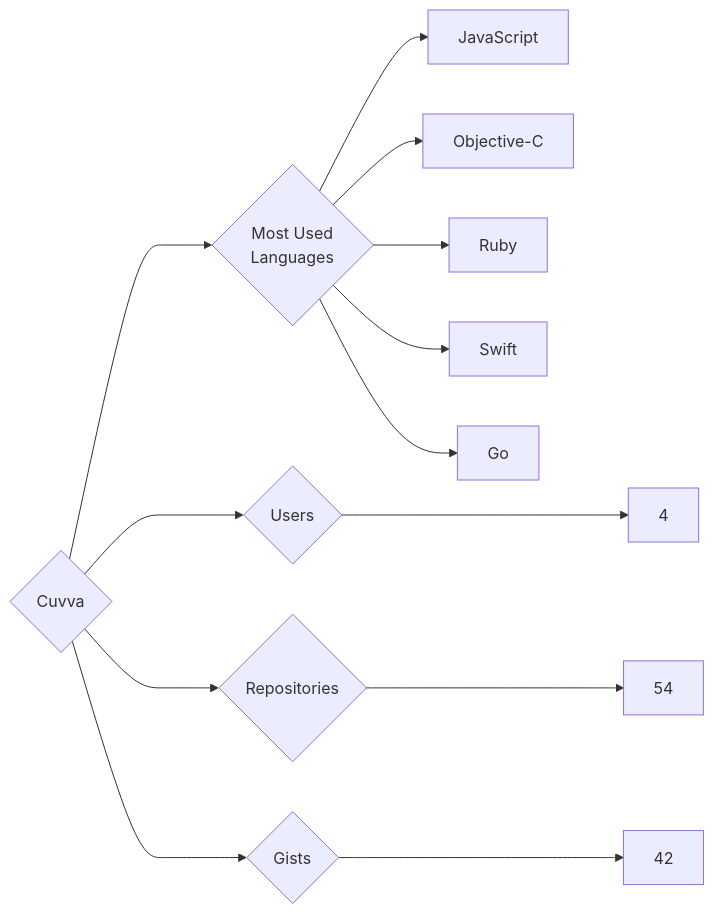
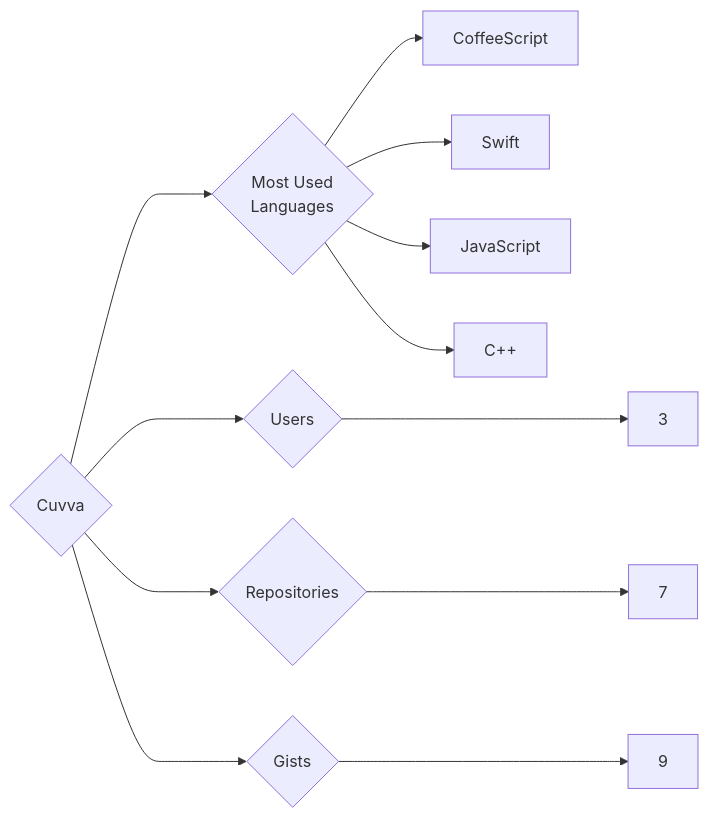
One commit to trickest/insiders changed the diagram in targets/Cuvva/README.md. Above: the diagram before and after it, drawn with Mermaid. The commit also changed 688 other files, not shown here.

````diff
--- a/targets/Cuvva/README.md
+++ b/targets/Cuvva/README.md
@@ -3,13 +3,12 @@
 ```mermaid
 graph LR
 COMPANY_NAME{Cuvva}
-COMPANY_NAME ---> U{Users} ---> UN[4]
-COMPANY_NAME ---> R{Repositories} ---> RN[54]
-COMPANY_NAME ---> G{Gists} ---> GN[42]
+COMPANY_NAME ---> U{Users} ---> UN[3]
+COMPANY_NAME ---> R{Repositories} ---> RN[7]
+COMPANY_NAME ---> G{Gists} ---> GN[9]
 COMPANY_NAME ---> ML{Most Used<br>Languages}
+ML --> CoffeeScript[CoffeeScript]
+ML --> Swift[Swift]
 ML --> JavaScript[JavaScript]
-ML --> Objective-C[Objective-C]
-ML --> Ruby[Ruby]
-ML --> Swift[Swift]
-ML --> Go[Go]
+ML --> C++[C++]
 ```
````
